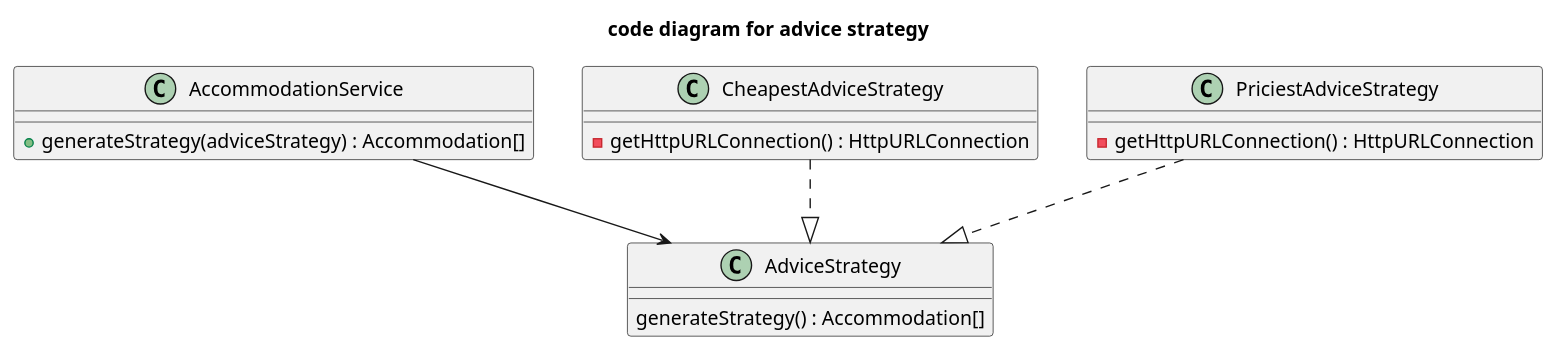
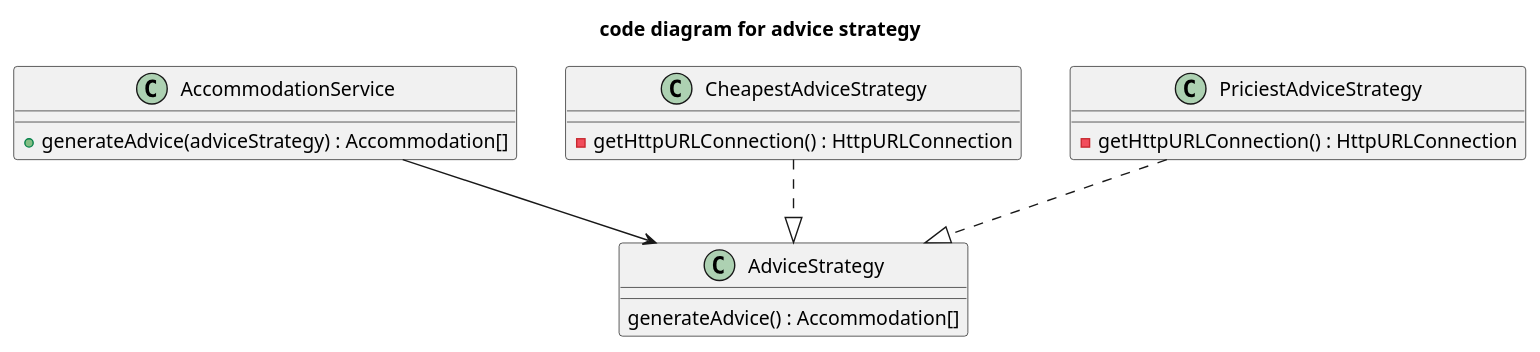
The diagram in timo c4 code diagram strategy.puml (AIM-ENE-feb25/triptop-groep-tweeeeeeeeeeeeeeeeeeeeee), drawn with PlantUML before and after one commit.

```diff
--- a/timo c4 code diagram strategy.puml
+++ b/timo c4 code diagram strategy.puml
@@ -1,23 +1,23 @@
 @startuml
 title code diagram for advice strategy
 
 class AccommodationService {
-    + generateStrategy(adviceStrategy) : Accommodation[]
+    + generateAdvice(adviceStrategy) : Accommodation[]
 }
 
 class AdviceStrategy {
-    generateStrategy() : Accommodation[]
+    generateAdvice() : Accommodation[]
 }
 
 class CheapestAdviceStrategy{
     - getHttpURLConnection() : HttpURLConnection
 }
 
 class PriciestAdviceStrategy{
     - getHttpURLConnection() : HttpURLConnection
 }
 
 AccommodationService --> AdviceStrategy
 CheapestAdviceStrategy..|>AdviceStrategy
 PriciestAdviceStrategy..|>AdviceStrategy
 @enduml
```
